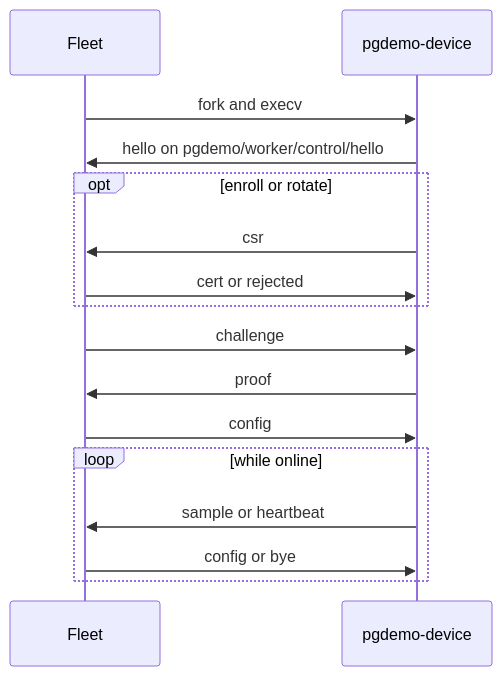
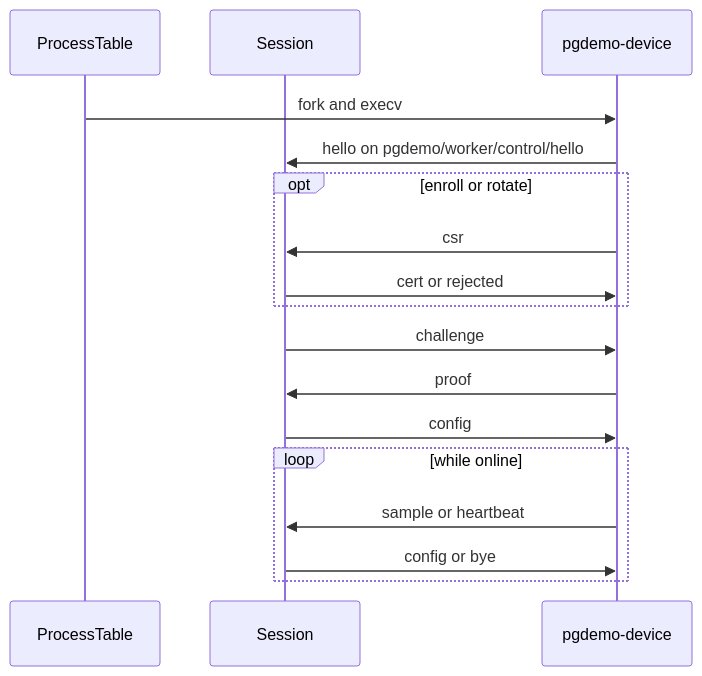
One commit to jgmatu/postgresql changed the second of 3 diagrams in controller/README.md. Above: the diagram before and after it, drawn with Mermaid. The commit also changed other lines of this file and 3 other files, not shown here.

Commit message:
Document the controller's POSIX queues and the split between Fleet, the process table and the session.

````diff
--- a/controller/README.md
+++ b/controller/README.md
@@ -113,18 +130,19 @@
 ```mermaid
 sequenceDiagram
-    participant F as Fleet
+    participant T as ProcessTable
+    participant S as Session
     participant D as pgdemo-device
-    F->>D: fork and execv
-    D->>F: hello on pgdemo/worker/control/hello
+    T->>D: fork and execv
+    D->>S: hello on pgdemo/worker/control/hello
     opt enroll or rotate
-        D->>F: csr
-        F->>D: cert or rejected
+        D->>S: csr
+        S->>D: cert or rejected
     end
-    F->>D: challenge
-    D->>F: proof
-    F->>D: config
+    S->>D: challenge
+    D->>S: proof
+    S->>D: config
     loop while online
-        D->>F: sample or heartbeat
-        F->>D: config or bye
+        D->>S: sample or heartbeat
+        S->>D: config or bye
     end
 ```
````
